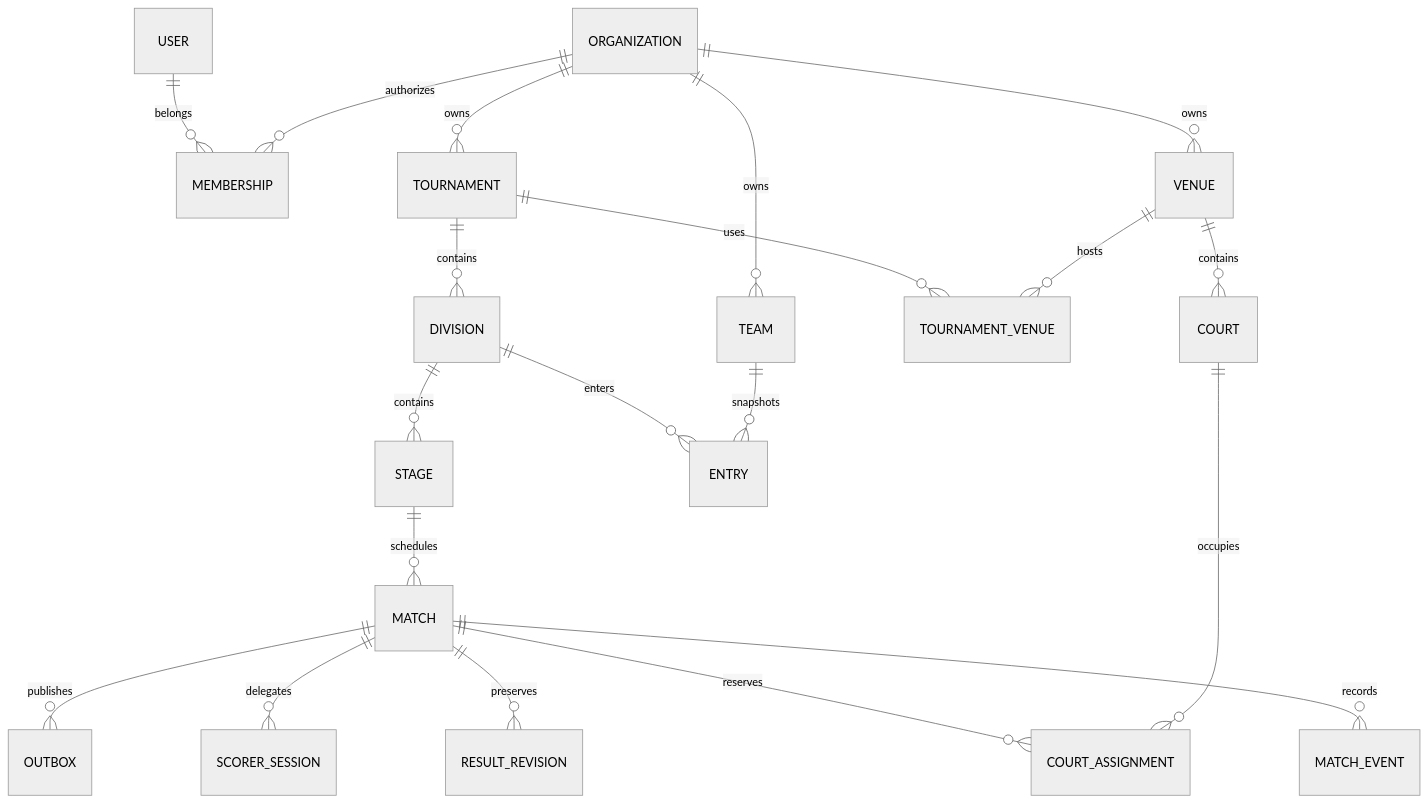
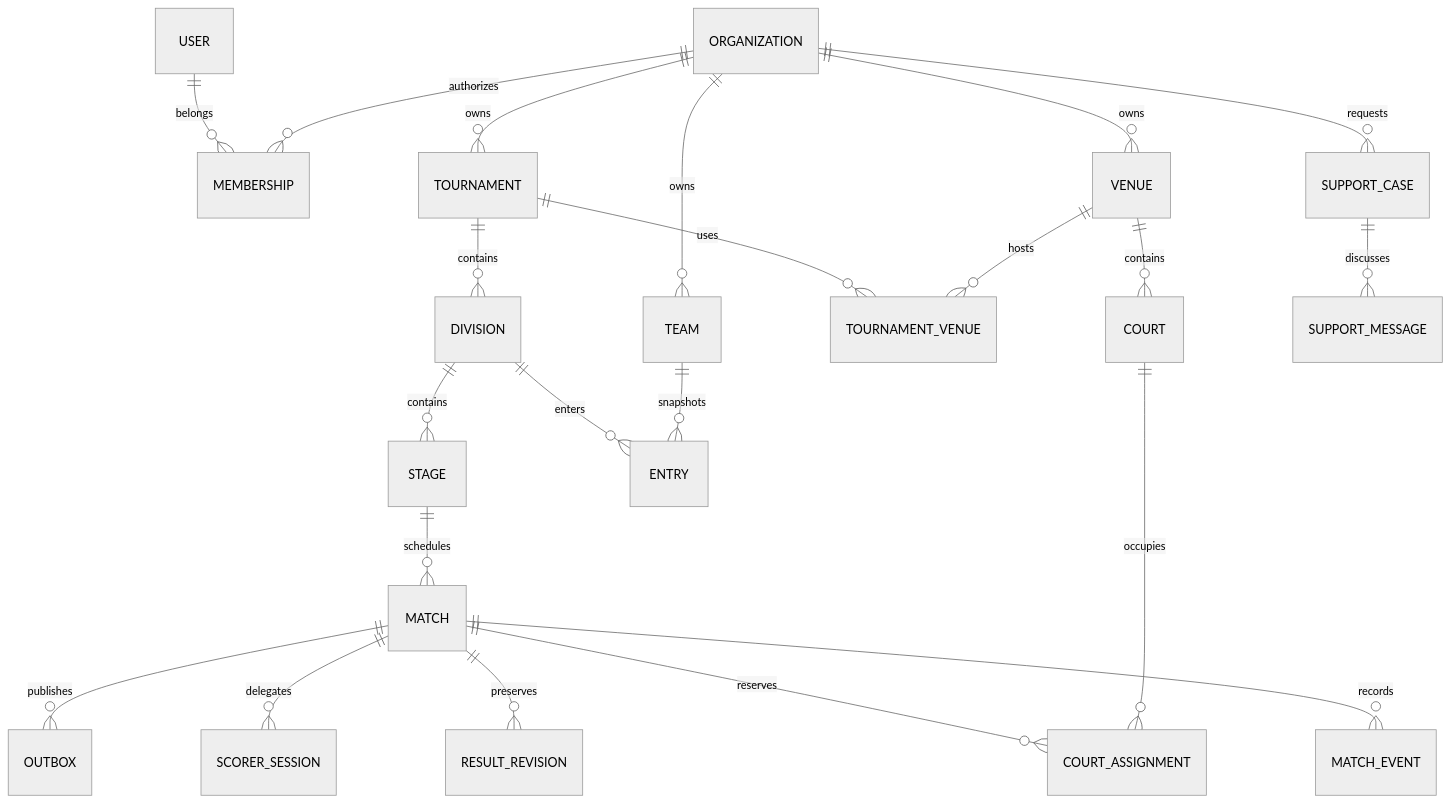
Before and after one commit to pinnakavamsi/vamsi-volleyball-manager: the diagram in docs/schema.md, drawn with Mermaid (neutral theme). The commit also changed other lines of this file and 10 other files, not shown here.

Commit message:
Add organization activity logs and support case workflows

````diff
--- a/docs/schema.md
+++ b/docs/schema.md
@@ -5,22 +5,24 @@
 ```mermaid
 erDiagram
     USER ||--o{ MEMBERSHIP : belongs
     ORGANIZATION ||--o{ MEMBERSHIP : authorizes
     ORGANIZATION ||--o{ TEAM : owns
     ORGANIZATION ||--o{ VENUE : owns
     VENUE ||--o{ COURT : contains
     ORGANIZATION ||--o{ TOURNAMENT : owns
     TOURNAMENT ||--o{ TOURNAMENT_VENUE : uses
     VENUE ||--o{ TOURNAMENT_VENUE : hosts
     TOURNAMENT ||--o{ DIVISION : contains
     DIVISION ||--o{ STAGE : contains
     DIVISION ||--o{ ENTRY : enters
     TEAM ||--o{ ENTRY : snapshots
     STAGE ||--o{ MATCH : schedules
     MATCH ||--o{ MATCH_EVENT : records
     MATCH ||--o{ RESULT_REVISION : preserves
     MATCH ||--o{ COURT_ASSIGNMENT : reserves
     COURT ||--o{ COURT_ASSIGNMENT : occupies
     MATCH ||--o{ SCORER_SESSION : delegates
     MATCH ||--o{ OUTBOX : publishes
+    ORGANIZATION ||--o{ SUPPORT_CASE : requests
+    SUPPORT_CASE ||--o{ SUPPORT_MESSAGE : discusses
 ```
````
